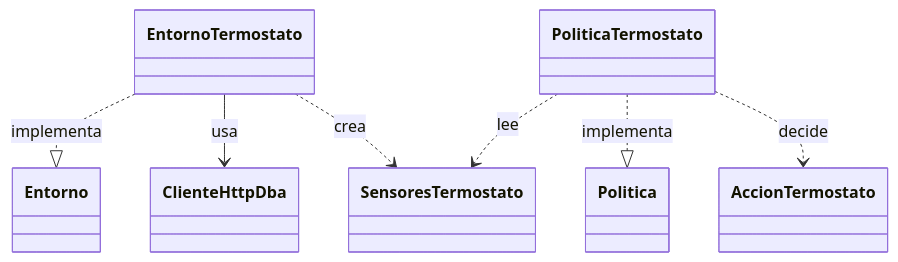
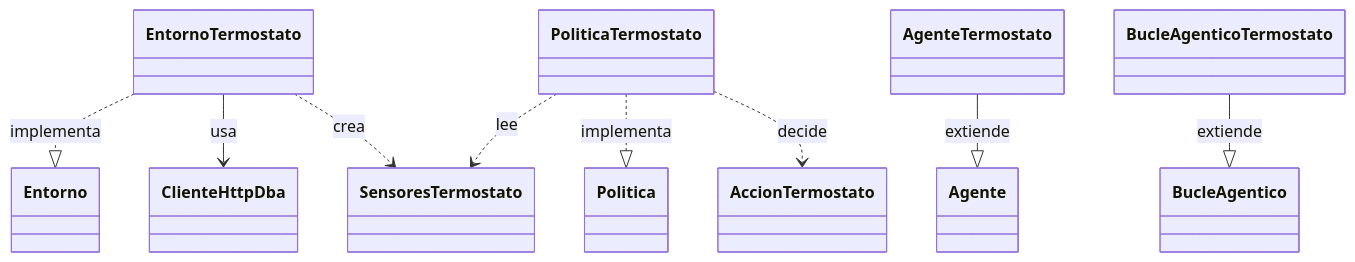
One commit to leemon22/DBApractica2 changed the second of 3 diagrams in README.md. Above: the diagram before and after it, drawn with Mermaid. The commit also changed other lines of this file and 18 other files, not shown here.

````diff
--- a/README.md
+++ b/README.md
@@ -174,9 +199,11 @@
 ```mermaid
 classDiagram
     EntornoTermostato ..|> Entorno : implementa
     PoliticaTermostato ..|> Politica : implementa
+    AgenteTermostato --|> Agente : extiende
+    BucleAgenticoTermostato --|> BucleAgentico : extiende
     EntornoTermostato --> ClienteHttpDba : usa
     EntornoTermostato ..> SensoresTermostato : crea
     PoliticaTermostato ..> SensoresTermostato : lee
     PoliticaTermostato ..> AccionTermostato : decide
 ```
````
